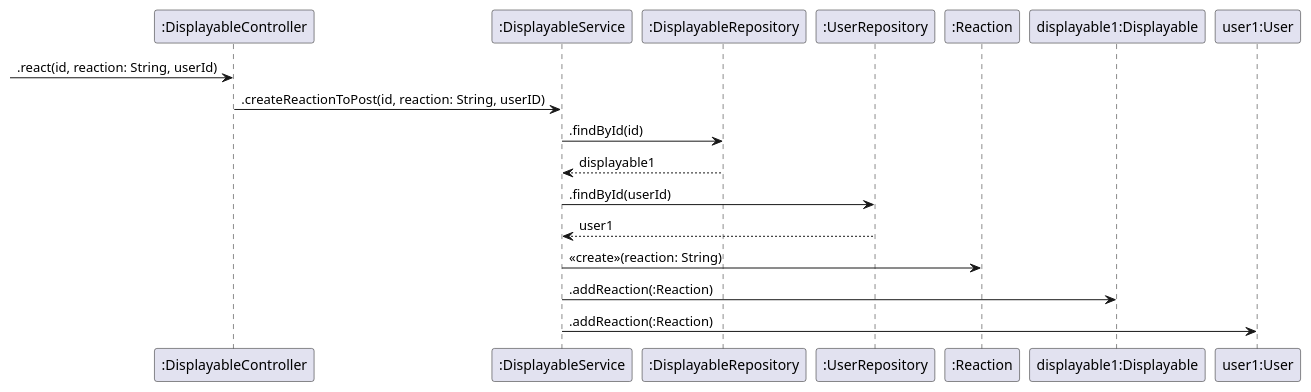
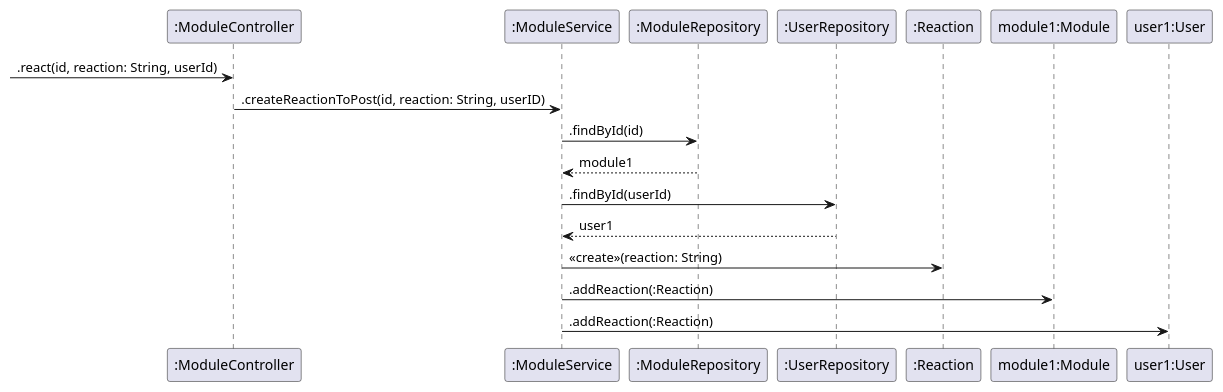
One commit to MocanuPaulC/youthcouncil changed the diagram in design/sequence-diagram-usr-str-7.puml. Above: the diagram before and after it, drawn with PlantUML. The commit also changed 3 other files, not shown here.

Commit message:
Made requested changes to the diagrams

```diff
--- a/design/sequence-diagram-usr-str-7.puml
+++ b/design/sequence-diagram-usr-str-7.puml
@@ -1,23 +1,23 @@
 @startuml
 
-participant ":DisplayableController" as DisplayableController
-participant ":DisplayableService" as DisplayableService
-participant ":DisplayableRepository" as DisplayableRepository
+participant ":ModuleController" as ModuleController
+participant ":ModuleService" as ModuleService
+participant ":ModuleRepository" as ModuleRepository
 participant ":UserRepository" as UserRepository
 participant ":Reaction" as Reaction
-participant "displayable1:Displayable" as displayable1
+participant "module1:Module" as module1
 participant "user1:User" as user1
 
--> DisplayableController: .react(id, reaction: String, userId)
-DisplayableController-> DisplayableService: .createReactionToPost(id, reaction: String, userID)
-DisplayableService-> DisplayableRepository: .findById(id)
-DisplayableRepository--> DisplayableService: displayable1
-DisplayableService-> UserRepository: .findById(userId)
-UserRepository--> DisplayableService: user1
-DisplayableService-> Reaction : <<create>>(reaction: String)
-DisplayableService-> displayable1 : .addReaction(:Reaction)
-DisplayableService-> user1 : .addReaction(:Reaction)
+-> ModuleController: .react(id, reaction: String, userId)
+ModuleController-> ModuleService: .createReactionToPost(id, reaction: String, userID)
+ModuleService-> ModuleRepository: .findById(id)
+ModuleRepository--> ModuleService: module1
+ModuleService-> UserRepository: .findById(userId)
+UserRepository--> ModuleService: user1
+ModuleService-> Reaction : <<create>>(reaction: String)
+ModuleService-> module1 : .addReaction(:Reaction)
+ModuleService-> user1 : .addReaction(:Reaction)
 
 
 
 @enduml
```
